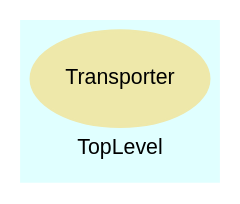
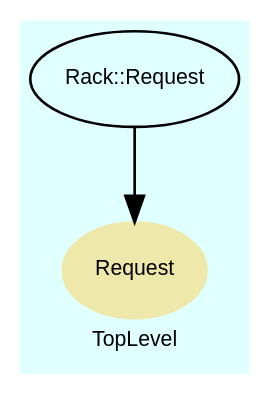
One commit to rsence/rsence changed the diagram in trunk/server/doc/rdoc/dot/f_15.dot. Above: the diagram before and after it, drawn with Graphviz. The commit also changed 130 other files, not shown here.

```diff
--- a/trunk/server/doc/rdoc/dot/f_15.dot
+++ b/trunk/server/doc/rdoc/dot/f_15.dot
@@ -1,22 +1,31 @@
 digraph TopLevel {
     compound = true
     bgcolor = lightcyan1
     fontname = Arial
     fontsize = 8
     label = "TopLevel"
     node [
         fontname = Arial,
         fontsize = 8,
         color = black
     ]
 
-    Transporter [
+    Request [
         fontcolor = black,
-        URL = "classes/Transporter.html",
+        URL = "classes/Request.html",
         shape = ellipse,
         color = palegoldenrod,
         style = filled,
-        label = "Transporter"
+        label = "Request"
+    ]
+
+    Rack__Request [
+        URL = "classes/Rack/Request.html",
+        label = "Rack::Request"
+    ]
+
+    Rack__Request -> Request [
+
     ]
 
 }
```
